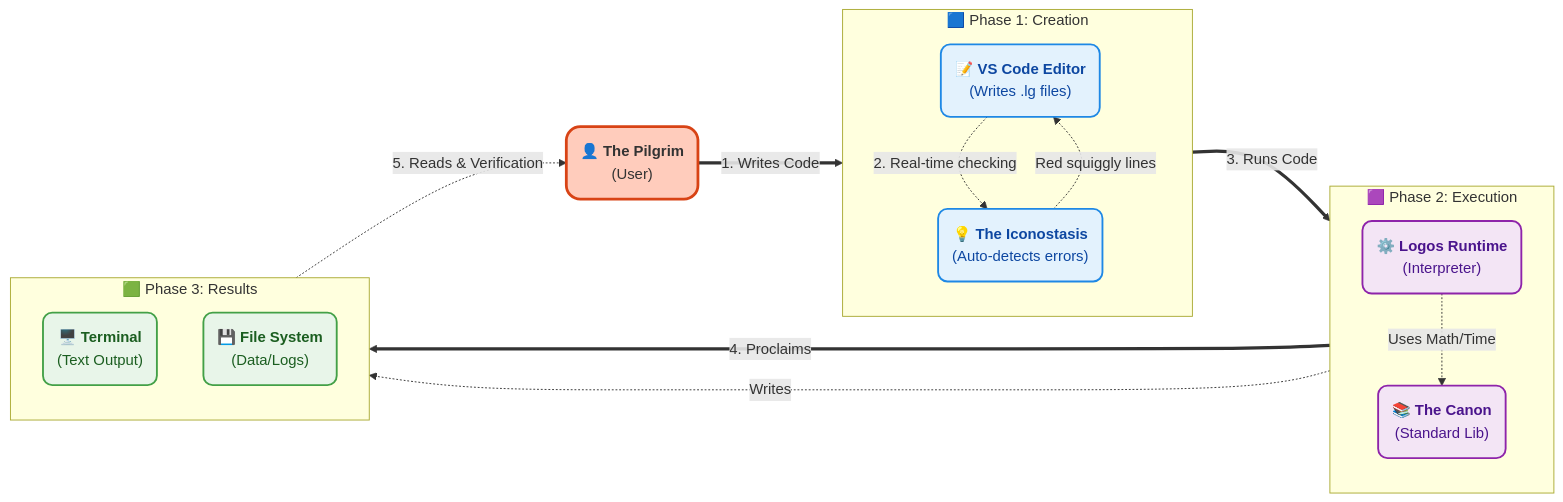
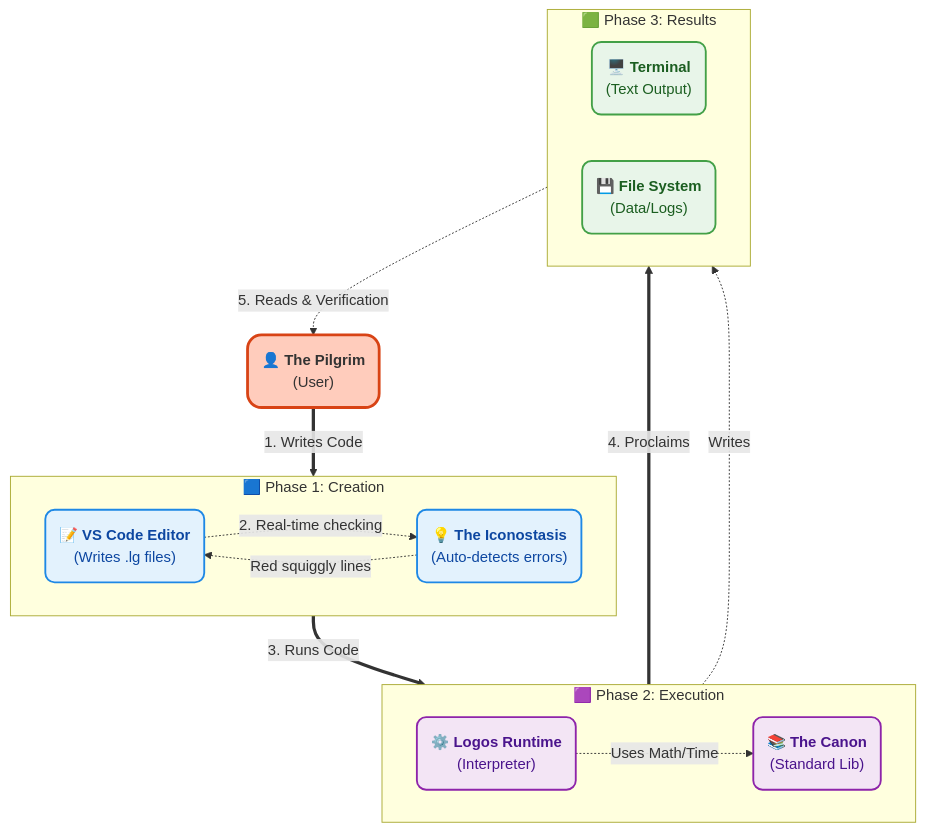
The diagram in README.md (NikaNats/Logos), drawn with Mermaid before and after one commit.

Commit message:
refactor: Update workflow diagram layout for improved clarity and flow

````diff
--- a/README.md
+++ b/README.md
@@ -263,66 +263,61 @@
 ```mermaid
-graph LR
+graph TD
     %% ==========================================
     %% DESIGN & PALETTE (Material Pastel)
     %% ==========================================
     classDef userNode fill:#ffccbc,stroke:#d84315,stroke-width:3px,rx:15,ry:15,color:#333;
     classDef inputZone fill:#e3f2fd,stroke:#1e88e5,stroke-width:2px,rx:10,ry:10,color:#0d47a1;
     classDef logicZone fill:#f3e5f5,stroke:#8e24aa,stroke-width:2px,rx:10,ry:10,color:#4a148c;
     classDef resultZone fill:#e8f5e9,stroke:#43a047,stroke-width:2px,rx:10,ry:10,color:#1b5e20;
-    classDef invisible fill:none,stroke:none;
 
     %% ==========================================
-    %% 1. THE USER
+    %% 1. THE USER (Top Level)
     %% ==========================================
     User("👤 <b>The Pilgrim</b><br/>(User)"):::userNode
 
     %% ==========================================
-    %% STAGE 1: CREATION (The Scriptorium)
+    %% STAGE 1: CREATION (Layer 1)
     %% ==========================================
     subgraph Stage1 ["🟦 Phase 1: Creation"]
-        direction TB
+        direction LR
         Editor("📝 <b>VS Code Editor</b><br/>(Writes .lg files)"):::inputZone
         LSP("💡 <b>The Iconostasis</b><br/>(Auto-detects errors)"):::inputZone
     end
 
     %% ==========================================
-    %% STAGE 2: EXECUTION (The Liturgy)
+    %% STAGE 2: EXECUTION (Layer 2)
     %% ==========================================
     subgraph Stage2 ["🟪 Phase 2: Execution"]
-        direction TB
+        direction LR
         Runtime("⚙️ <b>Logos Runtime</b><br/>(Interpreter)"):::logicZone
         Canon("📚 <b>The Canon</b><br/>(Standard Lib)"):::logicZone
     end
 
     %% ==========================================
-    %% STAGE 3: REVELATION (The Output)
+    %% STAGE 3: REVELATION (Layer 3)
     %% ==========================================
     subgraph Stage3 ["🟩 Phase 3: Results"]
-        direction TB
+        direction LR
         Console("🖥️ <b>Terminal</b><br/>(Text Output)"):::resultZone
         FileSys("💾 <b>File System</b><br/>(Data/Logs)"):::resultZone
     end
 
     %% ==========================================
-    %% THE FLOW (Storyline)
+    %% THE FLOW
     %% ==========================================
 
-    %% Main Action Flow (Thick Lines)
+    %% Main Downward Flow
     User ==>|1. Writes Code| Editor
     Editor ==>|3. Runs Code| Runtime
     Runtime ==>|4. Proclaims| Console
 
-    %% Background Logic (Dashed Lines)
+    %% Internal/Horizontal Logic
     Editor -.->|2. Real-time checking| LSP
     LSP -.->|Red squiggly lines| Editor
     
-    %% Internal Dependencies
     Runtime -.->|Uses Math/Time| Canon
     Runtime -.->|Writes| FileSys
 
-    %% Feedback Loop
+    %% Long Feedback Loop (Bottom to Top)
     Console -.->|5. Reads & Verification| User
-
-    %% Spacing Hack to improve layout
-    LSP ~~~ Runtime
 ```
````
